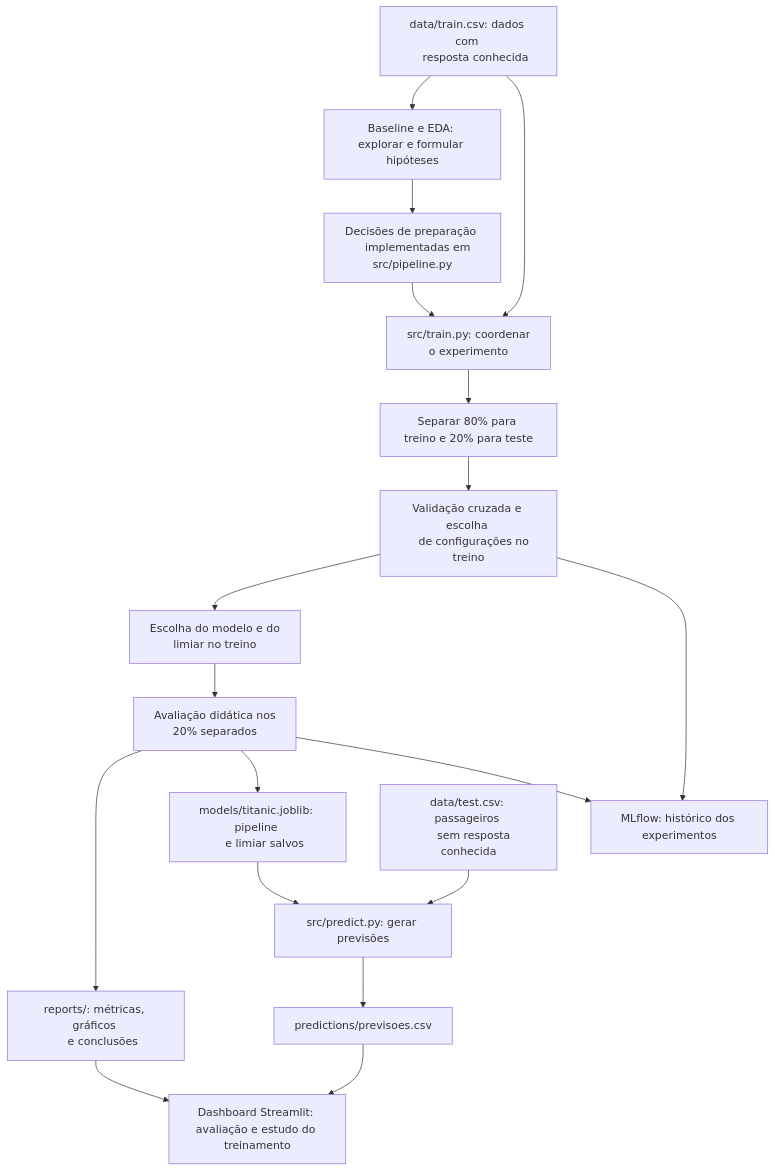
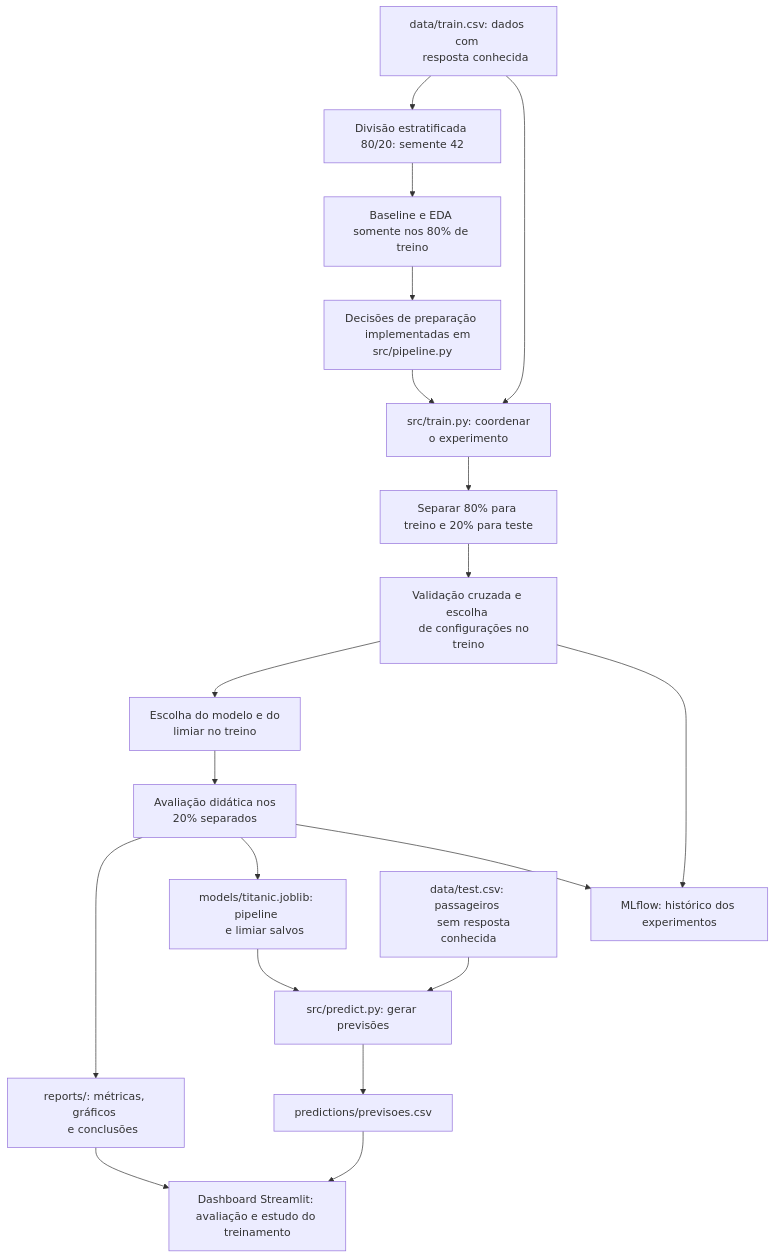
One commit to Brendalu2005/titanic-survival-classification changed the diagram in relatorio.md. Above: the diagram before and after it, drawn with Mermaid. The commit also changed other lines of this file and 5 other files, not shown here.

````diff
--- a/relatorio.md
+++ b/relatorio.md
@@ -27,29 +27,30 @@
 ```mermaid
 flowchart TD
     A[data/train.csv: dados com 
-    resposta conhecida] --> B[Baseline e EDA: explorar e formular hipóteses]
+    resposta conhecida] --> S[Divisão estratificada 80/20: semente 42]
+    S --> B[Baseline e EDA somente nos 80% de treino]
     B --> C[Decisões de preparação 
     implementadas em src/pipeline.py]
     A --> D[src/train.py: coordenar 
     o experimento]
     C --> D
     D --> E[Separar 80% para treino e 20% para teste]
     E --> F[Validação cruzada e escolha 
     de configurações no treino]
     F --> G[Escolha do modelo e do 
     limiar no treino]
     G --> H[Avaliação didática nos 
     20% separados]
     H --> I[reports/: métricas, gráficos 
     e conclusões]
     H --> J[models/titanic.joblib: pipeline 
     e limiar salvos]
     F --> K[MLflow: histórico dos experimentos]
     H --> K
     J --> L[src/predict.py: gerar previsões]
     M[data/test.csv: passageiros 
     sem resposta conhecida] --> L
     L --> N[predictions/previsoes.csv]
     I --> O[Dashboard Streamlit: avaliação e estudo do treinamento]
     N --> O
 ```
````
